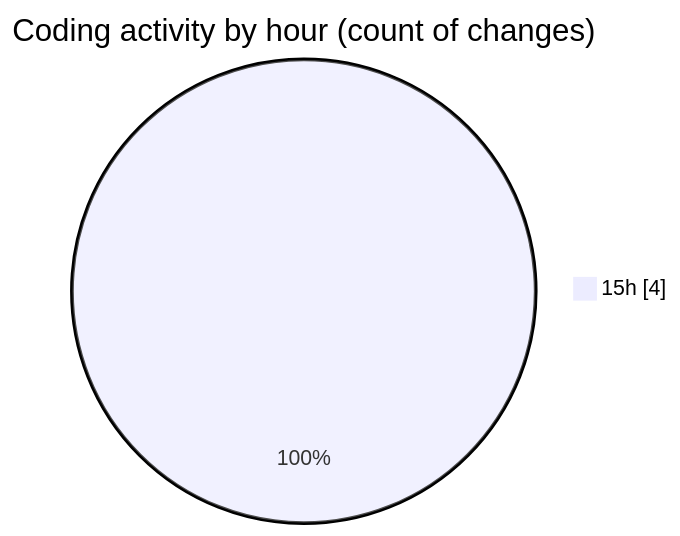
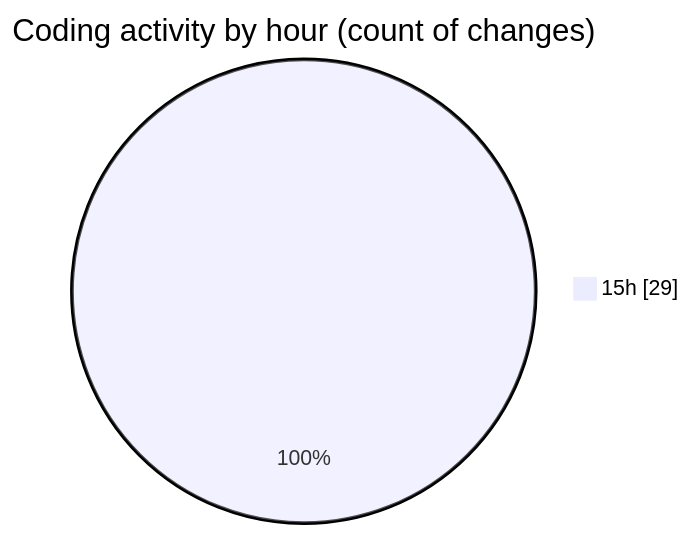
The second of 2 diagrams in 2025-07-13/rentotp/README.md (lephambinh05/code-tracking), drawn with Mermaid before and after one commit. The commit also changed other lines of this file and 1 other file, not shown here.

````diff
--- a/2025-07-13/rentotp/README.md
+++ b/2025-07-13/rentotp/README.md
@@ -28,5 +40,5 @@
 ```mermaid
 pie showData
 title Coding activity by hour (count of changes)
-"15h" : 4
+"15h" : 29
 ```
````
